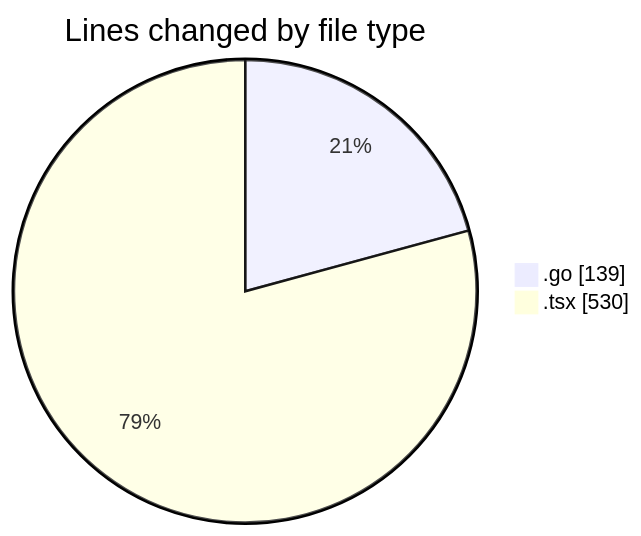
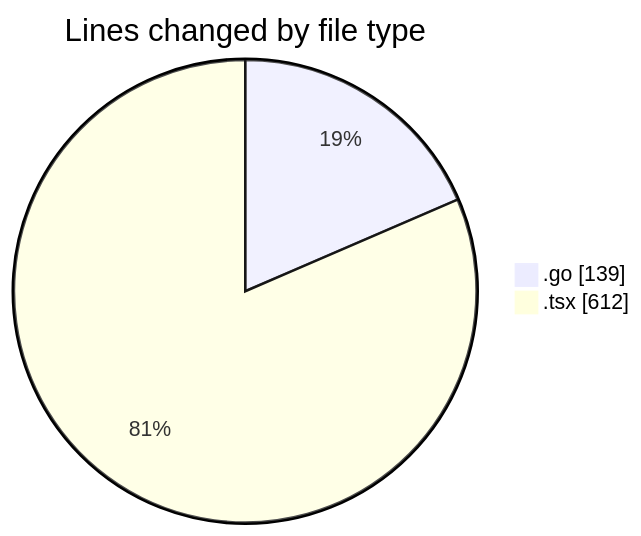
Before and after one commit to robertbonfada/code-tracking: the first of 2 diagrams in 2025-03-05/termonied_testador/README.md, drawn with Mermaid. The commit also changed other lines of this file and 1 other file, not shown here.

````diff
--- a/2025-03-05/termonied_testador/README.md
+++ b/2025-03-05/termonied_testador/README.md
@@ -21,6 +21,6 @@
 ```mermaid
 pie showData
 title Lines changed by file type
 ".go" : 139
-".tsx" : 530
+".tsx" : 612
 ```
````
